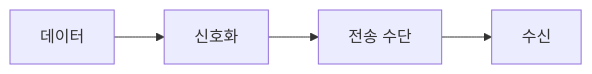
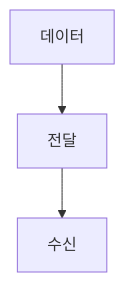
Before and after one commit to umyunsang/edu: the diagram in ComputerScience/04_systems-infrastructure/computer-networks/notes/01. 통신과 컴퓨터 네트워크.md, drawn with Mermaid. The commit also changed other lines of this file and 14 other files, not shown here.

````diff
--- a/ComputerScience/04_systems-infrastructure/computer-networks/notes/01. 통신과 컴퓨터 네트워크.md
+++ b/ComputerScience/04_systems-infrastructure/computer-networks/notes/01. 통신과 컴퓨터 네트워크.md
@@ -16,6 +19,5 @@
 ```mermaid
-flowchart LR
-    A["데이터"] --> B["신호화"]
-    B --> C["전송 수단"]
-    C --> D["수신"]
+flowchart TB
+    A[데이터] --> B[전달]
+    B --> C[수신]
 ```
````
